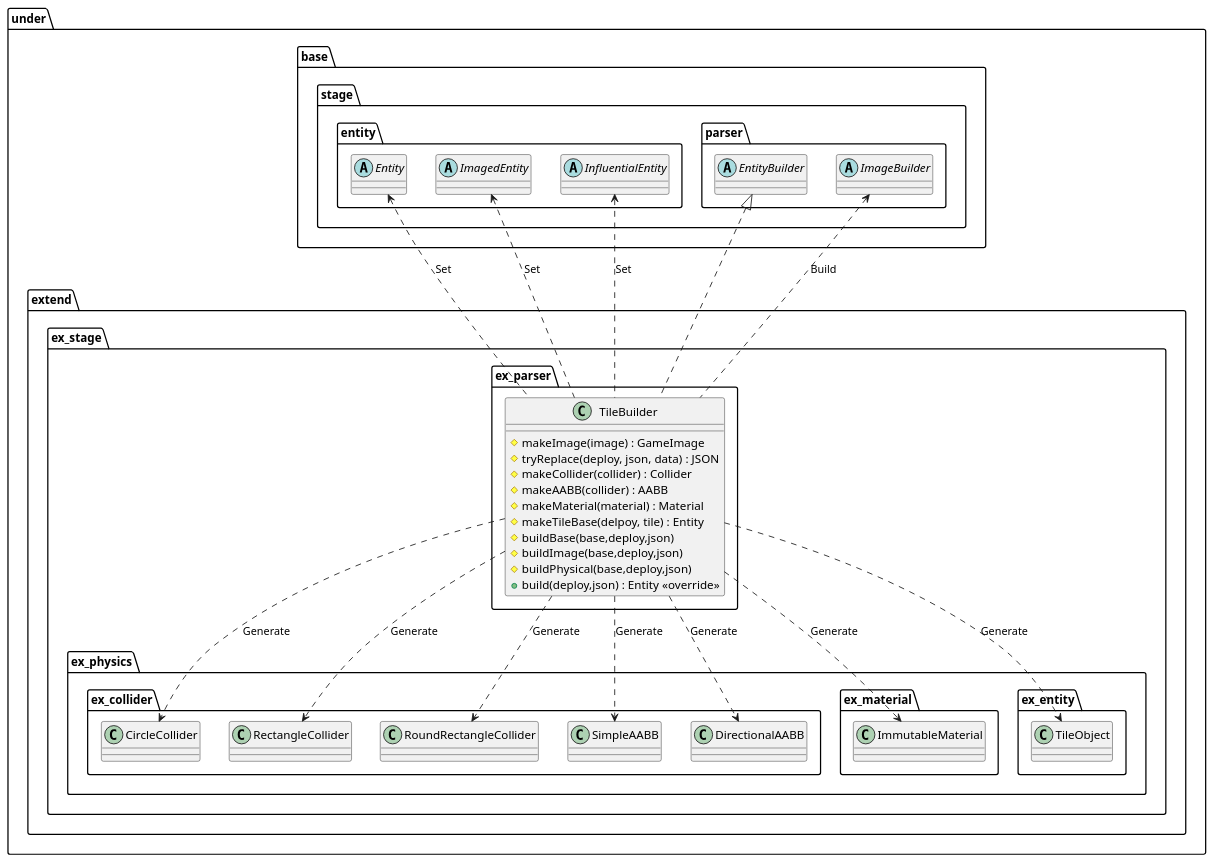
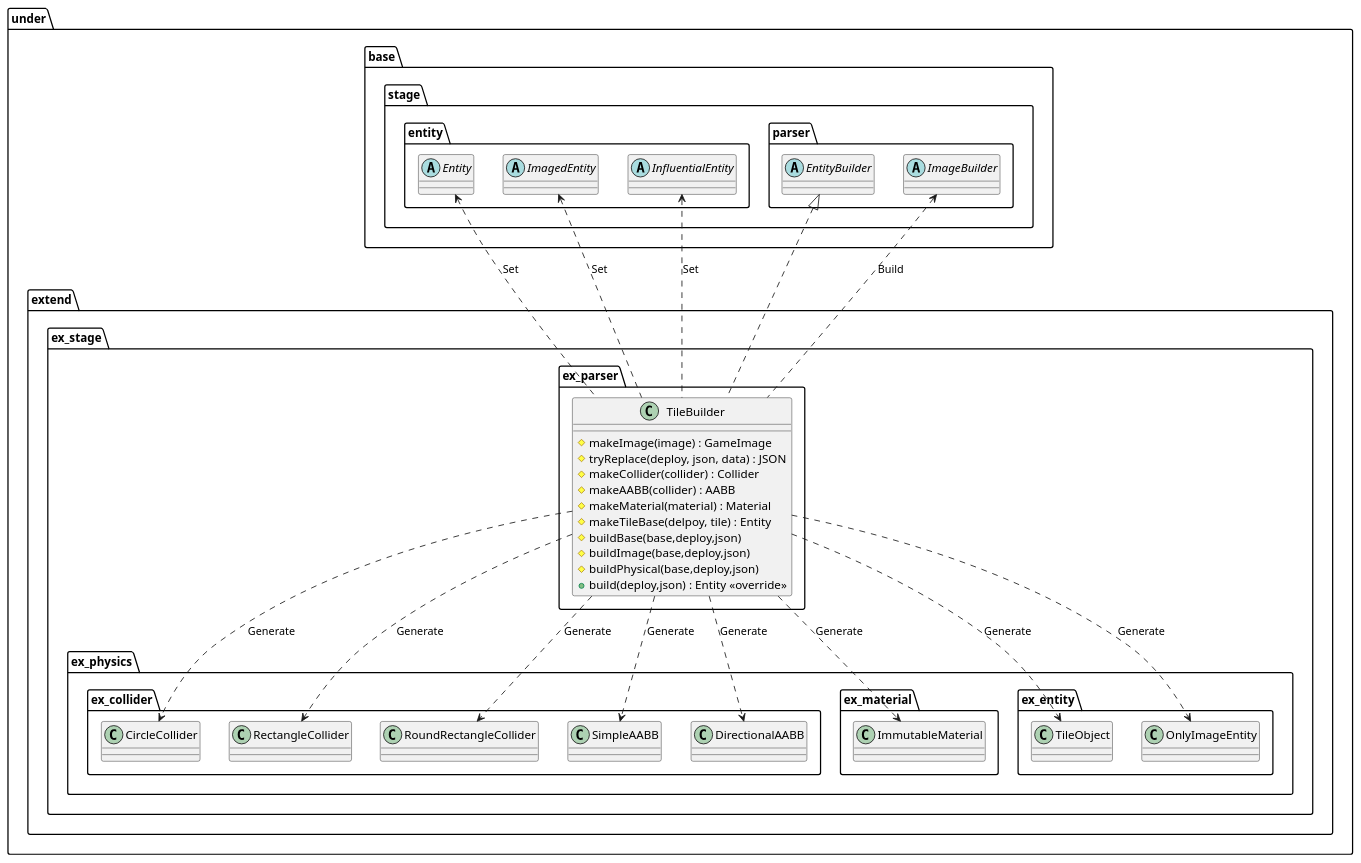
The diagram in uml/parser/Tile.wsd (Expine/Under), drawn with PlantUML before and after one commit. The commit also changed 42 other files, not shown here.

Commit message:
Add only image entity and fix map

```diff
--- a/uml/parser/Tile.wsd
+++ b/uml/parser/Tile.wsd
@@ -1,74 +1,76 @@
 @startuml ParserTile
 
 package under {
     package extend {
         package ex_stage {
             package ex_parser {
                 class TileBuilder {
                     #makeImage(image) : GameImage
                     #tryReplace(deploy, json, data) : JSON
                     #makeCollider(collider) : Collider
                     #makeAABB(collider) : AABB
                     #makeMaterial(material) : Material
                     #makeTileBase(delpoy, tile) : Entity
                     #buildBase(base,deploy,json)
                     #buildImage(base,deploy,json)
                     #buildPhysical(base,deploy,json)
                     +build(deploy,json) : Entity <<override>>
                 }
             }
         }
     }
 }
 
 package under {
     package base {
         package stage {
             package entity {
                 abstract Entity
                 abstract ImagedEntity
                 abstract InfluentialEntity
             }
             package parser {
                 abstract EntityBuilder
                 abstract ImageBuilder
             }
         }
     }
     package extend {
         package ex_stage {
             package ex_physics {
                 package ex_collider {
                     class CircleCollider
                     class RectangleCollider
                     class RoundRectangleCollider
                     class SimpleAABB
                     class DirectionalAABB
                 }
                 package ex_material {
                     class ImmutableMaterial
                 }
                 package ex_entity {
                     class TileObject
+                    class OnlyImageEntity
                 }
             }
         }
 
     }
 }
 
 TileBuilder ..> RectangleCollider : Generate
 TileBuilder ..> CircleCollider : Generate
 TileBuilder ..> RoundRectangleCollider : Generate
 TileBuilder ..> SimpleAABB : Generate
 TileBuilder ..> DirectionalAABB : Generate
 TileBuilder ..> ImmutableMaterial : Generate
 TileBuilder ..> TileObject : Generate
+TileBuilder ..> OnlyImageEntity : Generate
 Entity <.. TileBuilder : Set
 ImagedEntity <.. TileBuilder : Set
 InfluentialEntity <.. TileBuilder : Set
 ImageBuilder <.. TileBuilder : Build
 
 EntityBuilder <|.. TileBuilder
 
 @enduml
```
